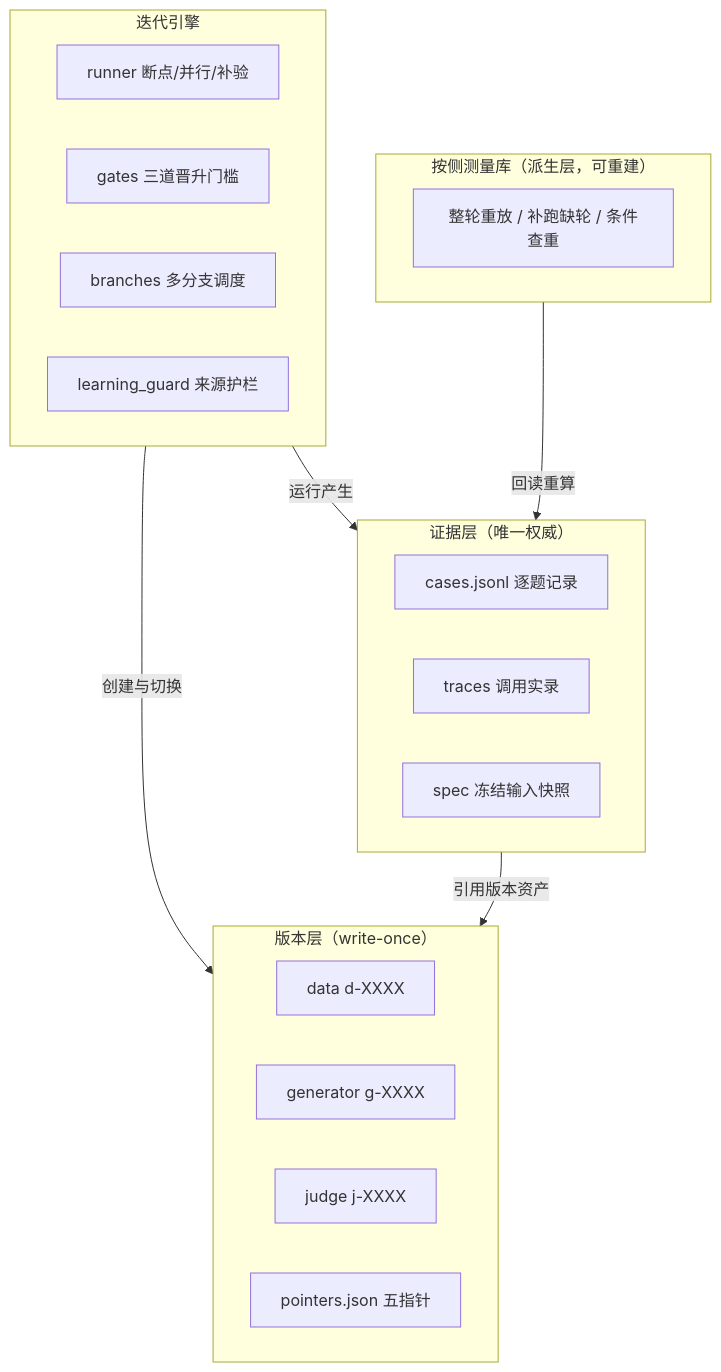
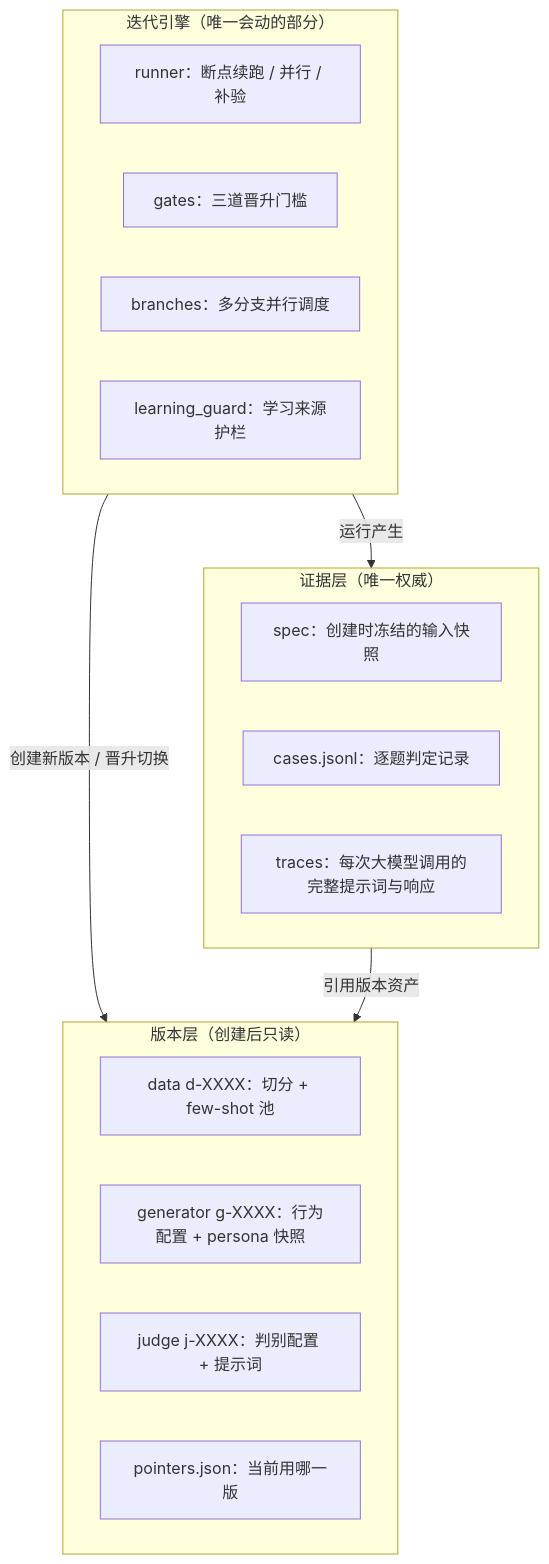
One commit to wq19901103wq/digital-human changed the diagram in README.md. Above: the diagram before and after it, drawn with Mermaid. The commit also changed other lines of this file, not shown here.

````diff
--- a/README.md
+++ b/README.md
@@ -35,27 +47,23 @@
 ```mermaid
 graph TD
-    subgraph Engine["迭代引擎"]
-        RUN[runner 断点/并行/补验]
-        GATE[gates 三道晋升门槛]
-        BR[branches 多分支调度]
-        GUARD[learning_guard 来源护栏]
+    subgraph Engine["迭代引擎（唯一会动的部分）"]
+        RUN[runner：断点续跑 / 并行 / 补验]
+        GATE[gates：三道晋升门槛]
+        BR[branches：多分支并行调度]
+        GUARD[learning_guard：学习来源护栏]
     end
-    subgraph Bank["按侧测量库（派生层，可重建）"]
-        MV[整轮重放 / 补跑缺轮 / 条件查重]
+    subgraph Versions["版本层（创建后只读）"]
+        DATA[data d-XXXX：切分 + few-shot 池]
+        GEN[generator g-XXXX：行为配置 + persona 快照]
+        JUDGE[judge j-XXXX：判别配置 + 提示词]
+        PTR[pointers.json：当前用哪一版]
     end
     subgraph Evidence["证据层（唯一权威）"]
-        CASES[cases.jsonl 逐题记录]
-        TRACE[traces 调用实录]
-        SPEC[spec 冻结输入快照]
-    end
-    subgraph Versions["版本层（write-once）"]
-        DATA[data d-XXXX]
-        GEN[generator g-XXXX]
-        JUDGE[judge j-XXXX]
-        PTR[pointers.json 五指针]
+        SPEC[spec：创建时冻结的输入快照]
+        CASES[cases.jsonl：逐题判定记录]
+        TRACE[traces：每次大模型调用的完整提示词与响应]
     end
     Engine -->|运行产生| Evidence
-    Engine -->|创建与切换| Versions
-    Bank -->|回读重算| Evidence
+    Engine -->|创建新版本 / 晋升切换| Versions
     Evidence -->|引用版本资产| Versions
 ```
````
